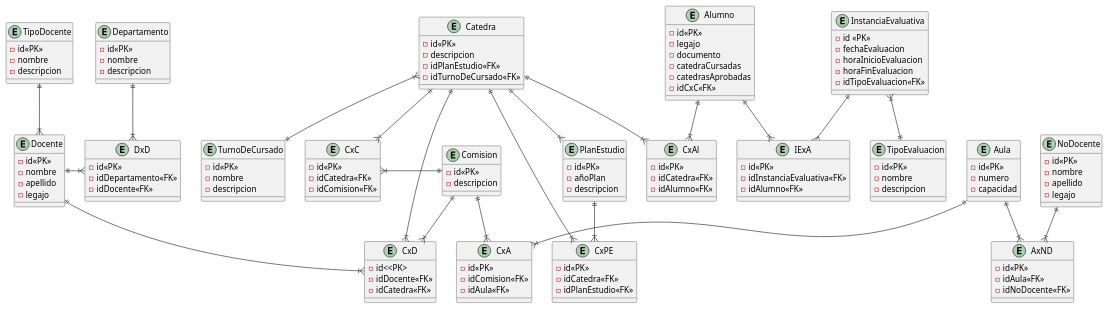
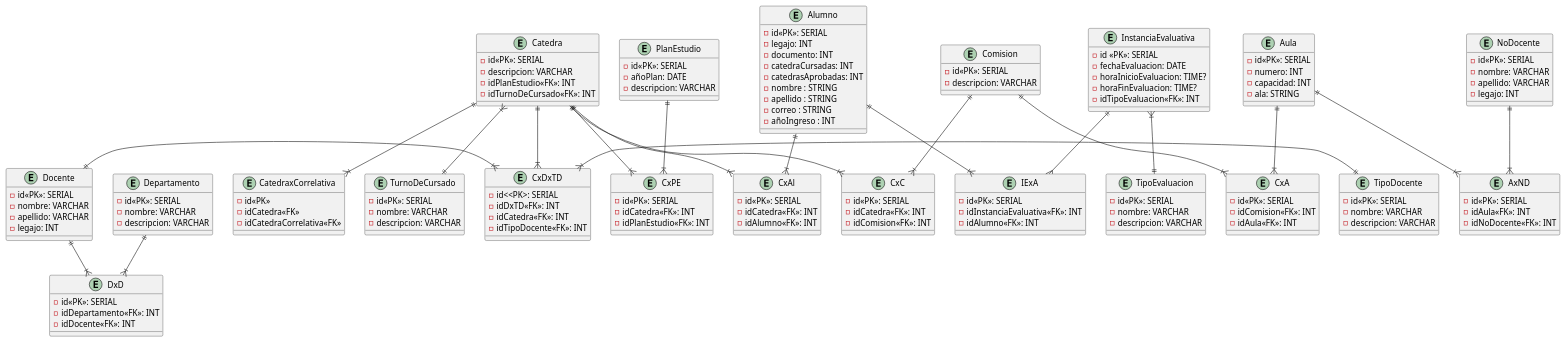
Before and after one commit to Medina-LisandroUTN/Sistema-Academico-2025: the diagram in Grupo5/Catedra.plantuml, drawn with PlantUML.

```diff
--- a/Grupo5/Catedra.plantuml
+++ b/Grupo5/Catedra.plantuml
@@ -1,161 +1,160 @@
 @startuml Catedra
-
+hide circel
 entity Alumno{
-    -id<<PK>>
-    -legajo
-    -documento
-    -catedraCursadas
-    -catedrasAprobadas
-    -idCxC<<FK>>
+    -id<<PK>>: SERIAL
+    -legajo: INT
+    -documento: INT
+    -catedraCursadas: INT
+    -catedrasAprobadas: INT
+    -nombre : STRING
+    -apellido : STRING
+    -correo : STRING
+    -añoIngreso : INT
 }
 
 entity Aula{
-    -id<<PK>>
-    -numero
-    -capacidad
+    -id<<PK>>: SERIAL
+    -numero: INT
+    -capacidad: INT
+    -ala: STRING
 }
 ''Aula por No docente
 entity AxND{
-    -id<<PK>>
-    -idAula<<FK>>
-    -idNoDocente<<FK>>
-
+    -id<<PK>>: SERIAL
+    -idAula<<FK>>: INT
+    -idNoDocente<<FK>>: INT
 }
 
 entity Catedra{
-    -id<<PK>>
-    -descripcion
-    -idPlanEstudio<<FK>>
-    -idTurnoDeCursado<<FK>>
+    -id<<PK>>: SERIAL
+    -descripcion: VARCHAR
+    -idPlanEstudio<<FK>>: INT
+    -idTurnoDeCursado<<FK>>: INT
 }
 
 ''Catedra por alumno
 entity CxAl{
-    -id<<PK>>
-    -idCatedra<<FK>>
-    -idAlumno<<FK>>
+    -id<<PK>>: SERIAL
+    -idCatedra<<FK>>: INT
+    -idAlumno<<FK>>: INT
 }
-''Catedra por docente
-entity CxD{
-    -id<<PK>
-    -idDocente<<FK>>
-    -idCatedra<<FK>>
+''Catedra por docente por tipo docente
+entity CxDxTD{
+    -id<<PK>: SERIAL
+    -idDxTD<<FK>>: INT
+    -idCatedra<<FK>>: INT
+    -idTipoDocente<<FK>>: INT
 }
 ''Comision por aula
 entity CxA{
-    -id<<PK>>
-    -idComision<<FK>>
-    -idAula<<FK>>
+    -id<<PK>>: SERIAL
+    -idComision<<FK>>: INT
+    -idAula<<FK>>: INT
 }
 ''Catedra por Comisión
 entity CxC{
-    -id<<PK>>
-    -idCatedra<<FK>>
-    -idComision<<FK>>
+    -id<<PK>>: SERIAL
+    -idCatedra<<FK>>: INT
+    -idComision<<FK>>: INT
 }
 ''Catedra por Plan de Estudio
 entity CxPE{
-    -id<<PK>>
-    -idCatedra<<FK>>
-    -idPlanEstudio<<FK>>
-
+    -id<<PK>>: SERIAL
+    -idCatedra<<FK>>: INT
+    -idPlanEstudio<<FK>>: INT
 }
 entity Comision {
-    -id<<PK>>
-    -descripcion
+    -id<<PK>>: SERIAL
+    -descripcion: VARCHAR
 }
-
 entity Departamento{
-    -id<<PK>>
-    -nombre
-    -descripcion
+    -id<<PK>>: SERIAL
+    -nombre: VARCHAR
+    -descripcion: VARCHAR
 }
 ''Departamento por Docente
 entity DxD{
-    -id<<PK>>
-    -idDepartamento<<FK>>
-    -idDocente<<FK>>
+    -id<<PK>>: SERIAL
+    -idDepartamento<<FK>>: INT
+    -idDocente<<FK>>: INT
 }
 entity Docente{
-    -id<<PK>>
-    -nombre
-    -apellido
-    -legajo
+    -id<<PK>>: SERIAL
+    -nombre: VARCHAR
+    -apellido: VARCHAR
+    -legajo: INT
 }
 entity InstanciaEvaluativa{
-    -id <<PK>>
-    -fechaEvaluacion
-    -horaInicioEvaluacion
-    -horaFinEvaluacion
-    -idTipoEvaluacion<<FK>>
+    -id <<PK>>: SERIAL
+    -fechaEvaluacion: DATE
+    -horaInicioEvaluacion: TIME?
+    -horaFinEvaluacion: TIME?
+    -idTipoEvaluacion<<FK>>: INT
 }
-
 ''InstanciaEvaluativa por Alumno
 entity IExA{
-    -id<<PK>>
-    -idInstanciaEvaluativa<<FK>>
-    -idAlumno<<FK>>
+    -id<<PK>>: SERIAL
+    -idInstanciaEvaluativa<<FK>>: INT
+    -idAlumno<<FK>>: INT
 }
-
 entity TipoEvaluacion{
-    -id<<PK>>
-    -nombre
-    -descripcion
+    -id<<PK>>: SERIAL
+    -nombre: VARCHAR
+    -descripcion: VARCHAR
 }
-
 entity TipoDocente{
-    -id<<PK>>
-    -nombre
-    -descripcion
+    -id<<PK>>: SERIAL
+    -nombre: VARCHAR
+    -descripcion: VARCHAR
 }
-
 entity NoDocente{
-    -id<<PK>>
-    -nombre
-    -apellido
-    -legajo
+    -id<<PK>>: SERIAL
+    -nombre: VARCHAR
+    -apellido: VARCHAR
+    -legajo: INT
 }
 entity PlanEstudio{
-    -id<<PK>>
-    -añoPlan
-    -descripcion
+    -id<<PK>>: SERIAL
+    -añoPlan: DATE
+    -descripcion: VARCHAR
 }
 entity TurnoDeCursado {
+    -id<<PK>>: SERIAL
+    -nombre: VARCHAR
+    -descripcion: VARCHAR
+}
+entity CatedraxCorrelativa {
     -id<<PK>>
-    -nombre
-    -descripcion
+    -idCatedra<<FK>>
+    ' warcrime?
+    -idCatedraCorrelativa<<FK>>
 }
 
 Catedra ||--|{ CxC
 Catedra ||--|{ CxAl
 Catedra ||--|{ CxPE
-Catedra ||--|{ CxD
+Catedra ||--|{ CxDxTD
+Catedra ||--|{ CatedraxCorrelativa
 Catedra }|--|| TurnoDeCursado
-Catedra ||--|{ PlanEstudio
 Comision ||--|{ CxA
-Comision ||--|{ CxD
-Comision ||-|{ CxC
-
-TipoDocente ||--|{ Docente
+Comision ||--|{ CxC
 
 Aula ||--|{ CxA
 Aula ||--|{ AxND
 
 NoDocente ||--|{ AxND
-
 
 PlanEstudio ||--|{ CxPE
 Alumno ||--|{ CxAl
 Alumno ||--|{ IExA
 
 Departamento ||--|{ DxD
 
-Docente ||-|{ DxD
-Docente ||--|{ CxD
+Docente ||--|{ DxD
+Docente ||-|{ CxDxTD
+TipoDocente ||-|{ CxDxTD
 
 InstanciaEvaluativa ||--{ IExA
 InstanciaEvaluativa }|--||TipoEvaluacion
 
-
-
 @enduml
```
